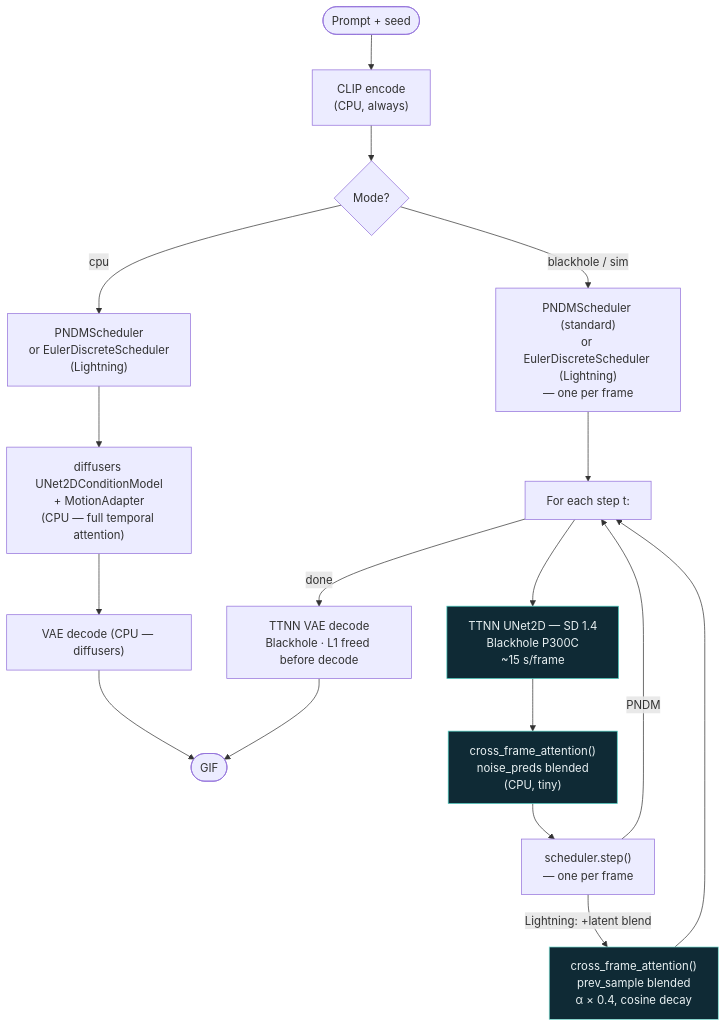
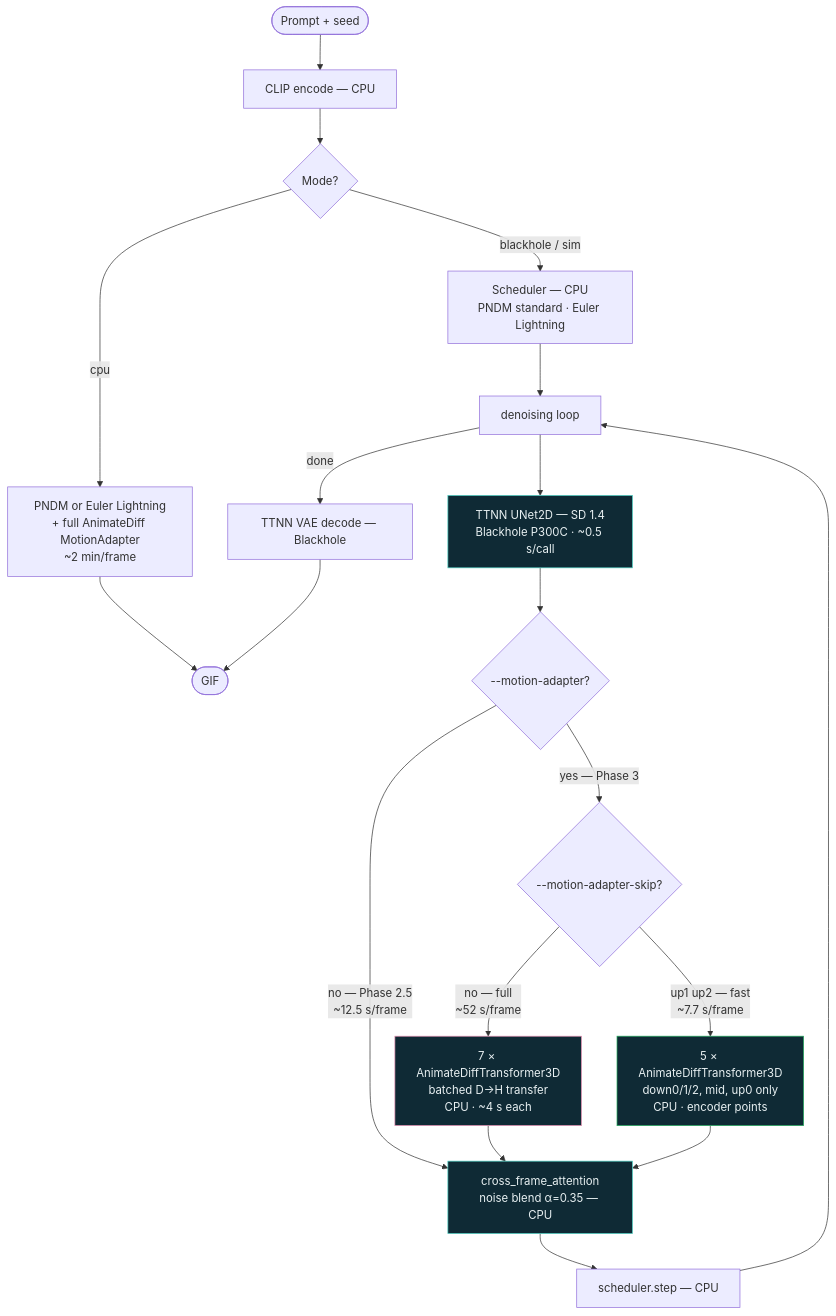
The first of 2 diagrams in README.md (tenstorrent/tt-animatediff), drawn with Mermaid before and after one commit. The commit also changed other lines of this file and 102 other files, not shown here.

````diff
--- a/README.md
+++ b/README.md
@@ -291,25 +350,31 @@
 ```mermaid
 flowchart TD
-    P([Prompt + seed]) --> ENC["CLIP encode\n(CPU, always)"]
+    P([Prompt + seed]) --> ENC["CLIP encode — CPU"]
     ENC --> MODE{Mode?}
 
-    MODE -->|cpu| CPU_SCHED["PNDMScheduler\nor EulerDiscreteScheduler\n(Lightning)"]
-    CPU_SCHED --> CPU_UNET["diffusers UNet2DConditionModel\n+ MotionAdapter\n(CPU — full temporal attention)"]
-    CPU_UNET --> CPU_VAE["VAE decode (CPU — diffusers)"]
-    CPU_VAE --> GIF([GIF])
+    MODE -->|cpu| CPU_SCHED["PNDM or Euler Lightning\n+ full AnimateDiff MotionAdapter\n~2 min/frame"]
+    CPU_SCHED --> GIF([GIF])
 
-    MODE -->|blackhole / sim| BH_SCHED["PNDMScheduler (standard)\nor EulerDiscreteScheduler (Lightning)\n— one per frame"]
-    BH_SCHED --> LOOP["For each step t:"]
-    LOOP --> BH_UNET["TTNN UNet2D — SD 1.4\nBlackhole P300C\n~15 s/frame"]
-    BH_UNET --> CFA["cross_frame_attention()\nnoise_preds blended\n(CPU, tiny)"]
-    CFA --> STEP["scheduler.step()\n— one per frame"]
-    STEP -->|Lightning: +latent blend| LAT["cross_frame_attention()\nprev_sample blended\nα × 0.4, cosine decay"]
-    LAT --> LOOP
-    STEP -->|PNDM| LOOP
-    LOOP -->|done| BH_VAE["TTNN VAE decode\nBlackhole · L1 freed before decode"]
+    MODE -->|blackhole / sim| SCHED["Scheduler — CPU\nPNDM standard · Euler Lightning"]
+    SCHED --> LOOP["denoising loop"]
+    LOOP --> BH_UNET["TTNN UNet2D — SD 1.4\nBlackhole P300C · ~0.5 s/call"]
+    BH_UNET --> PHASE{"--motion-adapter?"}
+
+    PHASE -->|no — Phase 2.5\n~12.5 s/frame| CFA["cross_frame_attention\nnoise blend α=0.35 — CPU"]
+    PHASE -->|yes — Phase 3| SKIP{"--motion-adapter-skip?"}
+
+    SKIP -->|no — full\n~52 s/frame| MA_FULL["7 × AnimateDiffTransformer3D\nbatched D→H transfer\nCPU · ~4 s each"]
+    SKIP -->|up1 up2 — fast\n~7.7 s/frame| MA_SKIP["5 × AnimateDiffTransformer3D\ndown0/1/2, mid, up0 only\nCPU · encoder points"]
+
+    MA_FULL --> CFA
+    MA_SKIP --> CFA
+    CFA --> STEP["scheduler.step — CPU"]
+    STEP --> LOOP
+    LOOP -->|done| BH_VAE["TTNN VAE decode — Blackhole"]
     BH_VAE --> GIF
 
     style BH_UNET fill:#0f2a35,stroke:#4fd1c5,color:#e8f0f2
+    style MA_FULL fill:#0f2a35,stroke:#ec96b8,color:#e8f0f2
+    style MA_SKIP fill:#0f2a35,stroke:#27ae60,color:#e8f0f2
     style CFA fill:#0f2a35,stroke:#4fd1c5,color:#e8f0f2
-    style LAT fill:#0f2a35,stroke:#81e6d9,color:#e8f0f2
 ```
````
